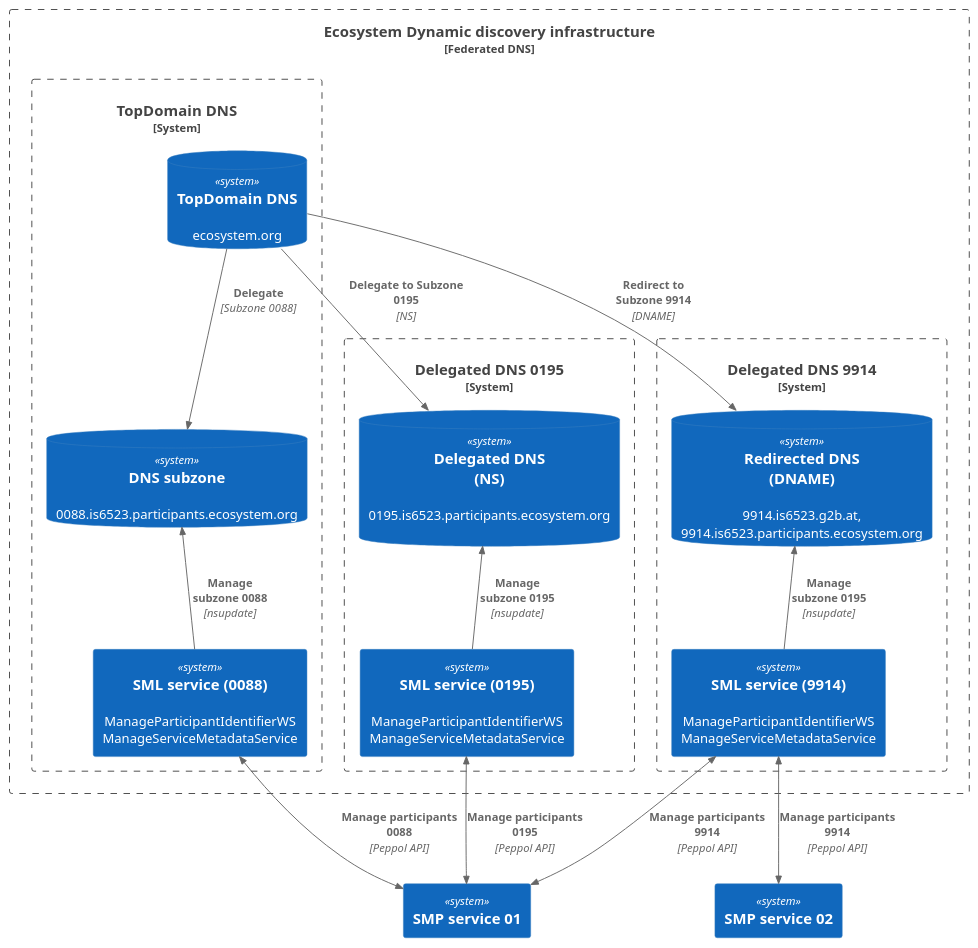
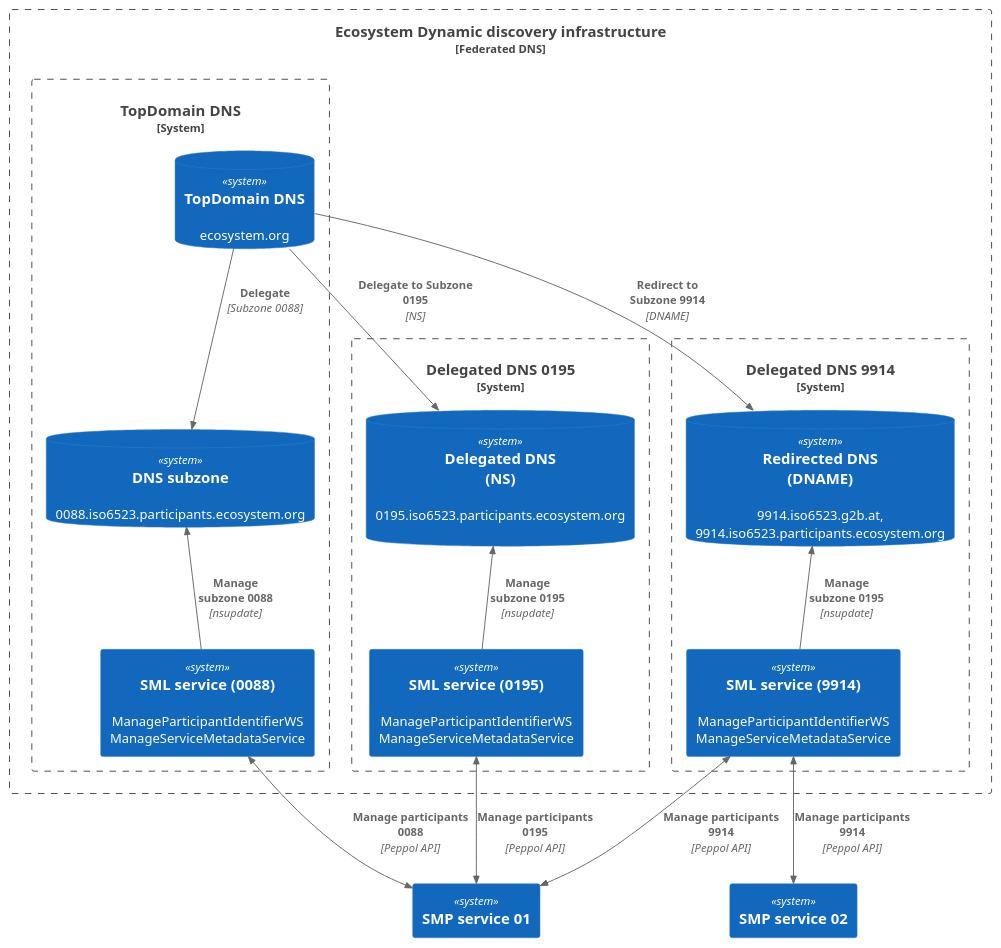
The diagram in images/dynamic-discovery-infrastructure-SML.puml (ec-edelivery/dynamic-discovery-federated-infrastructure), drawn with PlantUML before and after one commit. The commit also changed 9 other files, not shown here.

```diff
--- a/images/dynamic-discovery-infrastructure-SML.puml
+++ b/images/dynamic-discovery-infrastructure-SML.puml
@@ -1,46 +1,46 @@
 @startuml Basic Sample
 !include https://raw.githubusercontent.com/plantuml-stdlib/C4-PlantUML/master/C4_Container.puml
 
 Boundary(ecosystemSMLService, "Ecosystem Dynamic discovery infrastructure", "Federated DNS") {
 
     System_Boundary(c1, "TopDomain DNS") {
         SystemDb(ecosystemDNS, "TopDomain DNS", "ecosystem.org")
-        SystemDb(ecosystemDNSSubzone, "DNS subzone", "0088.is6523.participants.ecosystem.org")
+        SystemDb(ecosystemDNSSubzone, "DNS subzone", "0088.iso6523.participants.ecosystem.org")
         System(sml0088, "SML service (0088)", ManageParticipantIdentifierWS\nManageServiceMetadataService)
 
     }
     System_Boundary(c2, "Delegated DNS 0195") {
-        SystemDb(delegatedDNS, "Delegated DNS\n(NS)", "0195.is6523.participants.ecosystem.org\n")
+        SystemDb(delegatedDNS, "Delegated DNS\n(NS)", "0195.iso6523.participants.ecosystem.org\n")
         System(sml0195, "SML service (0195)", ManageParticipantIdentifierWS\nManageServiceMetadataService)
     }
     System_Boundary(c3, "Delegated DNS 9914") {
-        SystemDb(redirectedDNS, "Redirected DNS\n(DNAME)", "9914.is6523.g2b.at,\n9914.is6523.participants.ecosystem.org")
+        SystemDb(redirectedDNS, "Redirected DNS\n(DNAME)", "9914.iso6523.g2b.at,\n9914.iso6523.participants.ecosystem.org")
         System(sml9914, "SML service (9914)", ManageParticipantIdentifierWS\nManageServiceMetadataService)
     }
 }
     System(smp1, "SMP service 01", )
     System(smp2, "SMP service 02", )
 
     Rel(ecosystemDNS, ecosystemDNSSubzone, "Delegate", "Subzone 0088")
     Rel(ecosystemDNS, delegatedDNS, "Delegate to Subzone 0195", "NS")
     Rel(ecosystemDNS, redirectedDNS, "Redirect to\nSubzone 9914", "DNAME")
     Rel(sml0088, ecosystemDNSSubzone, "Manage\nsubzone 0088", "nsupdate")
     Rel(sml0195, delegatedDNS, "Manage\nsubzone 0195", "nsupdate")
     Rel(sml9914, redirectedDNS, "Manage\nsubzone 0195", "nsupdate")
 
     BiRel(sml0088, smp1, "Manage participants 0088", "Peppol API")
     BiRel(sml0195, smp1, "Manage participants 0195", "Peppol API")
     BiRel(sml9914, smp1, "Manage participants 9914", "Peppol API")
 
     BiRel(sml9914, smp2, "Manage participants 9914", "Peppol API")
 
 
 
 
     Lay_D(ecosystemDNS, delegatedDNS)
     Lay_D(ecosystemDNS, redirectedDNS)
     Lay_D(ecosystemDNSSubzone, sml0088)
     Lay_D(delegatedDNS, sml0195)
     Lay_D(redirectedDNS, sml9914)
 
 @enduml
```
